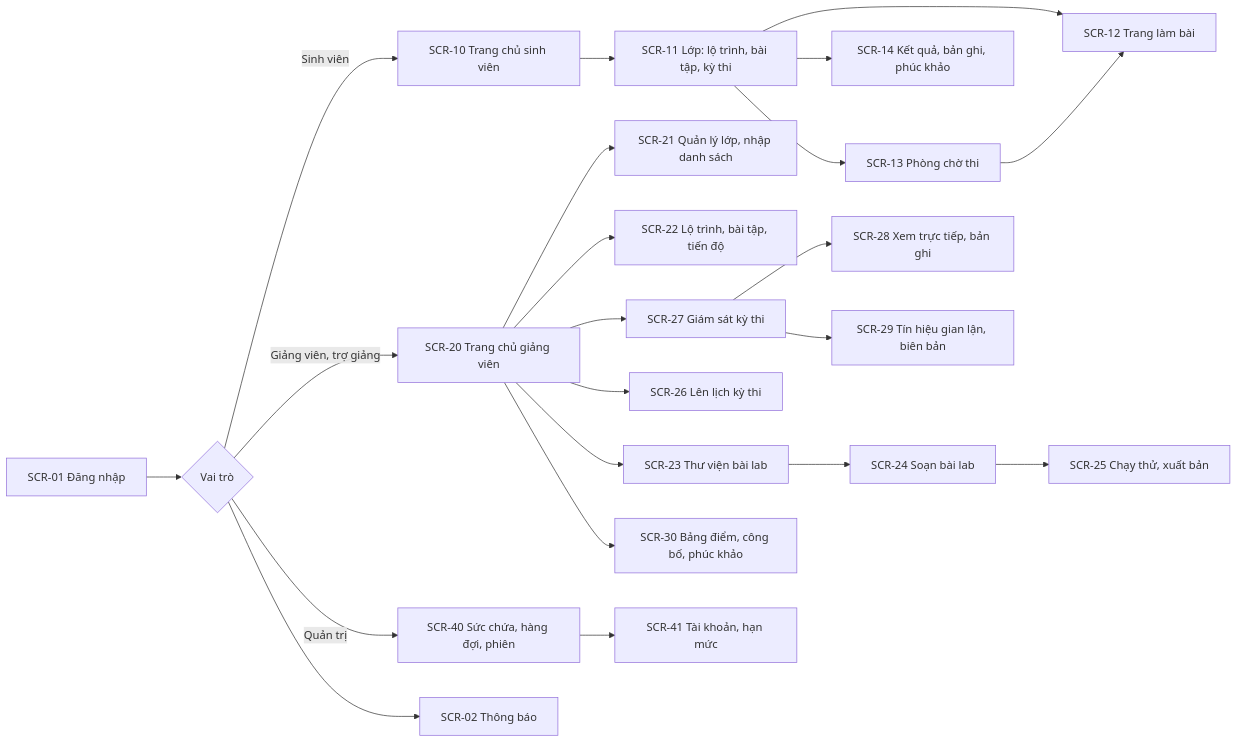
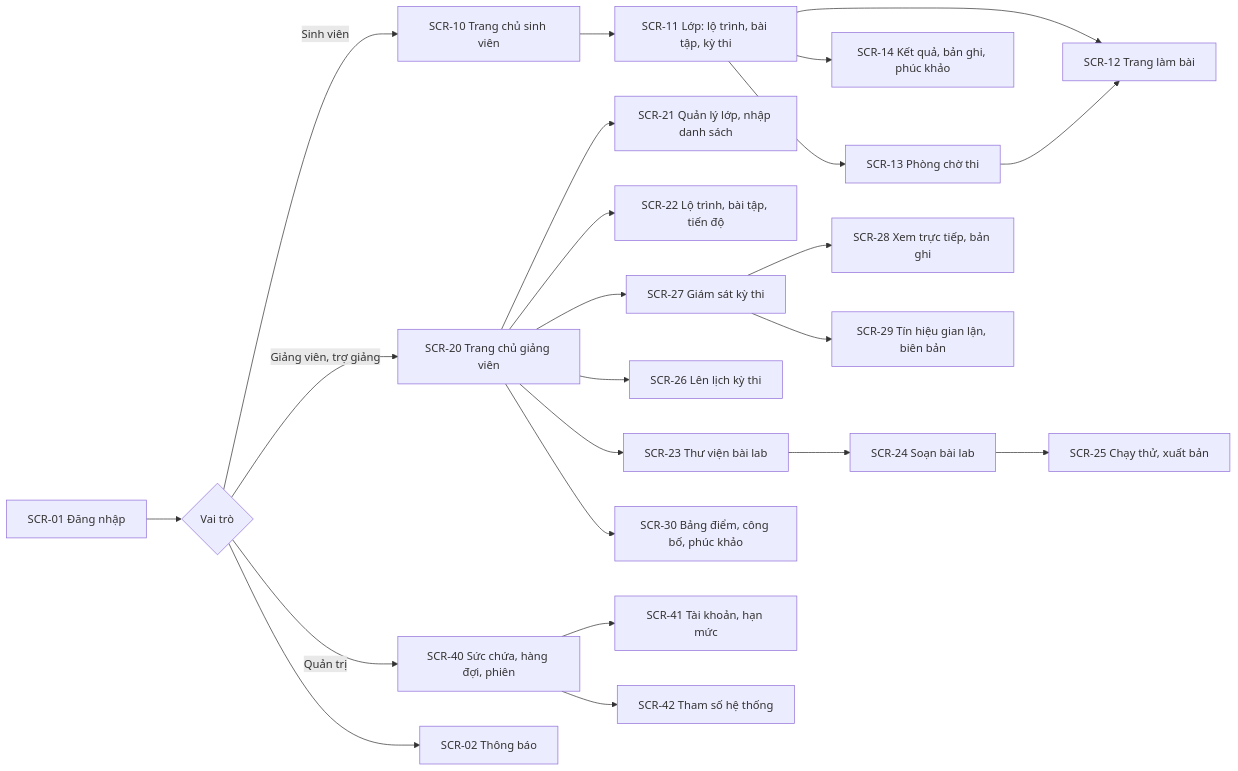
The diagram in docs/11-thiet-ke-giao-dien.md (NhatMinh0311/Crucible), drawn with Mermaid before and after one commit. The commit also changed other lines of this file and 2 other files, not shown here.

First line of the commit message:
Yêu cầu: tham số hệ thống do quản trị viên chỉnh

````diff
--- a/docs/11-thiet-ke-giao-dien.md
+++ b/docs/11-thiet-ke-giao-dien.md
@@ -48,25 +48,26 @@
 ```mermaid
 flowchart LR
     login[SCR-01 Đăng nhập] --> home{Vai trò}
 
     home -->|Sinh viên| s1[SCR-10 Trang chủ sinh viên]
     s1 --> s2[SCR-11 Lớp: lộ trình, bài tập, kỳ thi]
     s2 --> s3[SCR-12 Trang làm bài]
     s2 --> s4[SCR-13 Phòng chờ thi] --> s3
     s2 --> s5[SCR-14 Kết quả, bản ghi, phúc khảo]
 
     home -->|Giảng viên, trợ giảng| g1[SCR-20 Trang chủ giảng viên]
     g1 --> g2[SCR-21 Quản lý lớp, nhập danh sách]
     g1 --> g3[SCR-22 Lộ trình, bài tập, tiến độ]
     g1 --> g4[SCR-23 Thư viện bài lab]
     g4 --> g5[SCR-24 Soạn bài lab] --> g6[SCR-25 Chạy thử, xuất bản]
     g1 --> g7[SCR-26 Lên lịch kỳ thi]
     g1 --> g8[SCR-27 Giám sát kỳ thi] --> g9[SCR-28 Xem trực tiếp, bản ghi]
     g8 --> g10[SCR-29 Tín hiệu gian lận, biên bản]
     g1 --> g11[SCR-30 Bảng điểm, công bố, phúc khảo]
 
     home -->|Quản trị| a1[SCR-40 Sức chứa, hàng đợi, phiên]
     a1 --> a2[SCR-41 Tài khoản, hạn mức]
+    a1 --> a3[SCR-42 Tham số hệ thống]
 
     home --> n1[SCR-02 Thông báo]
 ```
````
